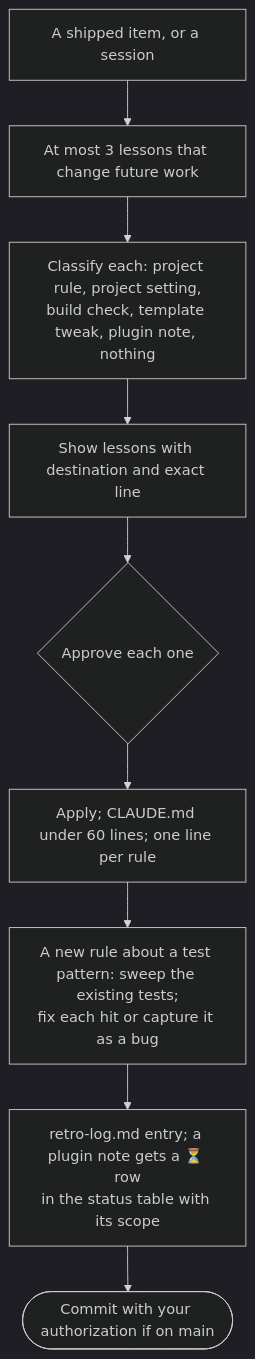
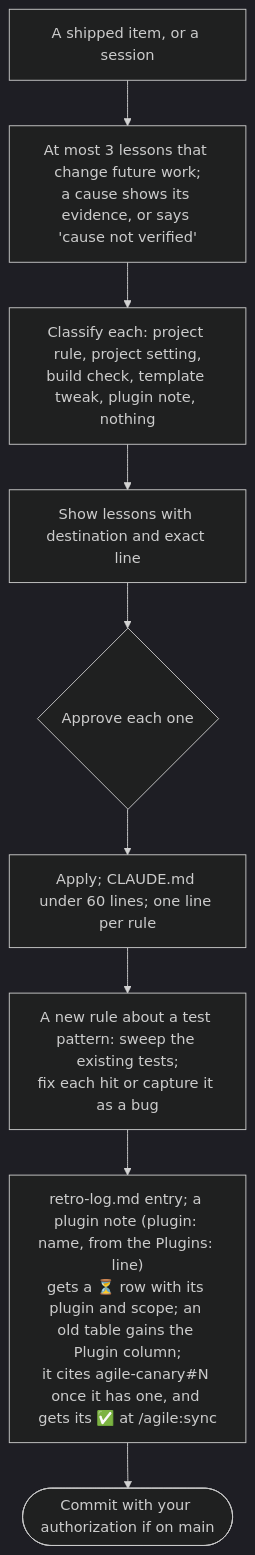
Diagram 13 of 18 in docs/agile/workflow.md (alexcanario/simulab), drawn with Mermaid (dark theme) before and after one commit. The commit also changed other lines of this file and 9 other files, not shown here.

First line of the commit message:
chore: sync with agile@canary 0.0.71

````diff
--- a/docs/agile/workflow.md
+++ b/docs/agile/workflow.md
@@ -1373,11 +1524,11 @@
 ```mermaid
 flowchart TD
-    A["A shipped item, or a session"] --> B["At most 3 lessons that change future work"]
+    A["A shipped item, or a session"] --> B["At most 3 lessons that change future work;<br/>a cause shows its evidence, or says 'cause not verified'"]
     B --> C["Classify each: project rule, project setting,<br/>build check, template tweak, plugin note, nothing"]
     C --> D["Show lessons with destination and exact line"]
     D --> E{"Approve each one"}
     E --> F["Apply; CLAUDE.md under 60 lines; one line per rule"]
     F --> F2["A new rule about a test pattern: sweep the existing tests;<br/>fix each hit or capture it as a bug"]
-    F2 --> G["retro-log.md entry; a plugin note gets a ⏳ row<br/>in the status table with its scope"]
+    F2 --> G["retro-log.md entry; a plugin note (plugin: name, from the Plugins: line)<br/>gets a ⏳ row with its plugin and scope; an old table gains the Plugin column;<br/>it cites agile-canary#N once it has one, and gets its ✅ at /agile:sync"]
     G --> H(["Commit with your authorization if on main"])
 ```
````
